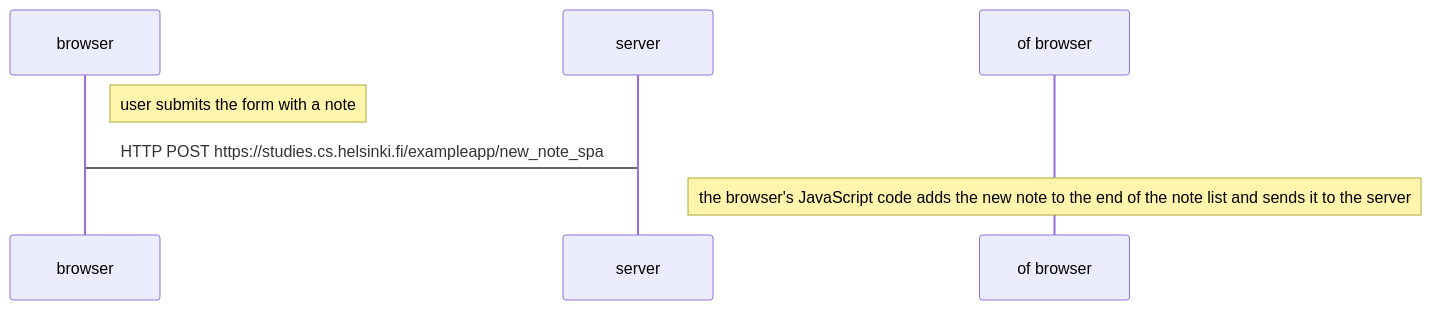
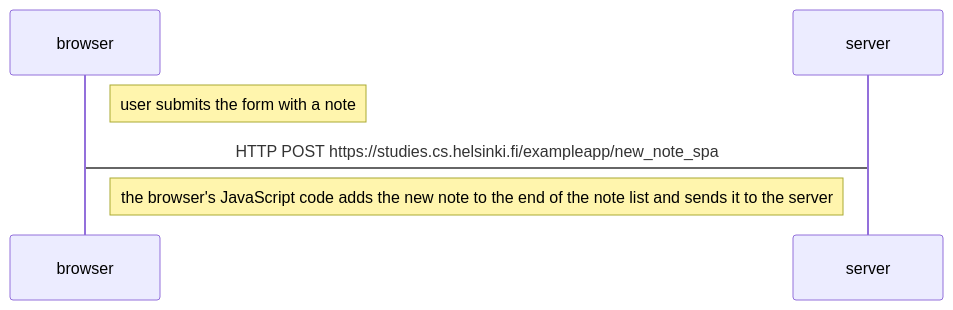
The diagram in part0/0_5.mermaid (ramichiesa/full_stack_open), drawn with Mermaid before and after one commit.

```diff
--- a/part0/0_5.mermaid
+++ b/part0/0_5.mermaid
@@ -1,8 +1,8 @@
 sequenceDiagram
   participant browser
   participant server
 
   Note right of browser: user submits the form with a note
   browser->server: HTTP POST https://studies.cs.helsinki.fi/exampleapp/new_note_spa
 
-  Note over of browser: the browser's JavaScript code adds the new note to the end of the note list and sends it to the server
+  Note right of browser: the browser's JavaScript code adds the new note to the end of the note list and sends it to the server
```
